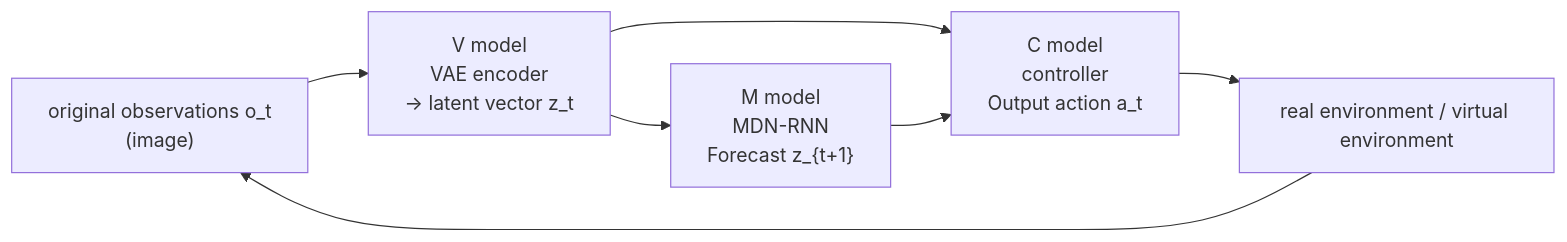
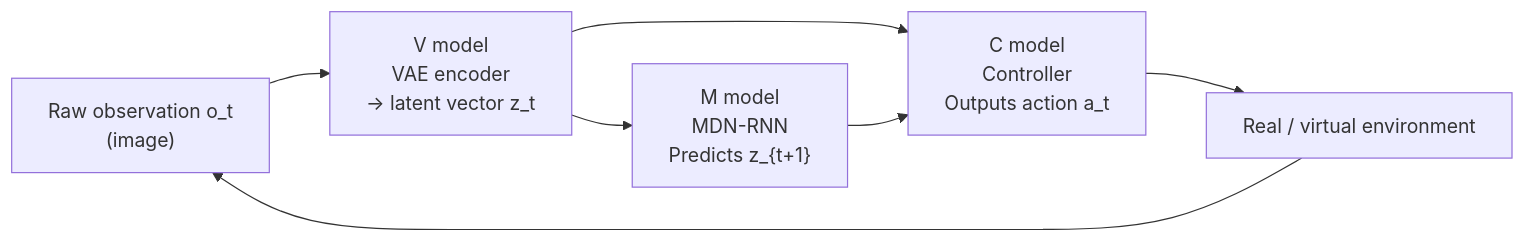
The fourth of 24 diagrams in _translations/en/research/Reinforcement-Learning-Survey.md (TingdeLiu/tingdeliu.github.io), drawn with Mermaid before and after one commit. The commit also changed other lines of this file and 51 other files, not shown here.

````diff
--- a/_translations/en/research/Reinforcement-Learning-Survey.md
+++ b/_translations/en/research/Reinforcement-Learning-Survey.md
@@ -524,9 +524,9 @@
 ```mermaid
 graph LR
-    A["original observations o_t<br/>(image)"] --> B["V model<br/>VAE encoder<br/>→ latent vector z_t"]
-    B --> C["C model<br/>controller<br/>Output action a_t"]
-    B --> D["M model<br/>MDN-RNN<br/>Forecast z_{t+1}"]
+    A["Raw observation o_t<br/>(image)"] --> B["V model<br/>VAE encoder<br/>→ latent vector z_t"]
+    B --> C["C model<br/>Controller<br/>Outputs action a_t"]
+    B --> D["M model<br/>MDN-RNN<br/>Predicts z_{t+1}"]
     D --> C
-    C --> E["real environment / virtual environment"]
+    C --> E["Real / virtual environment"]
     E --> A
 ```
````
